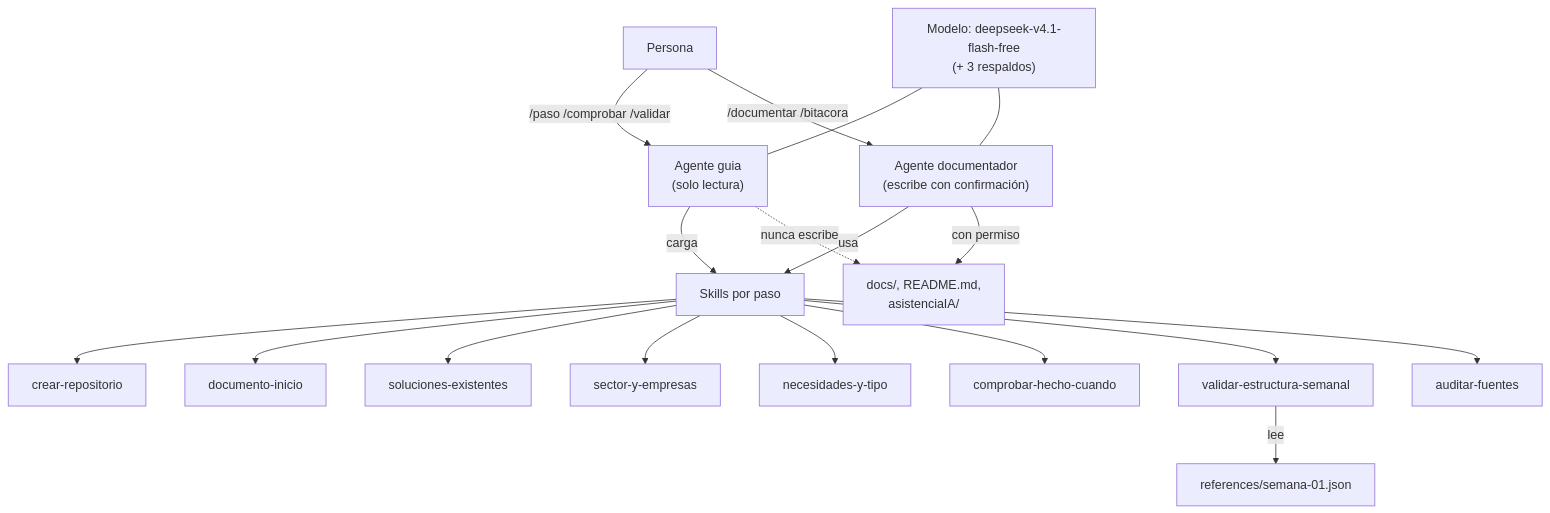
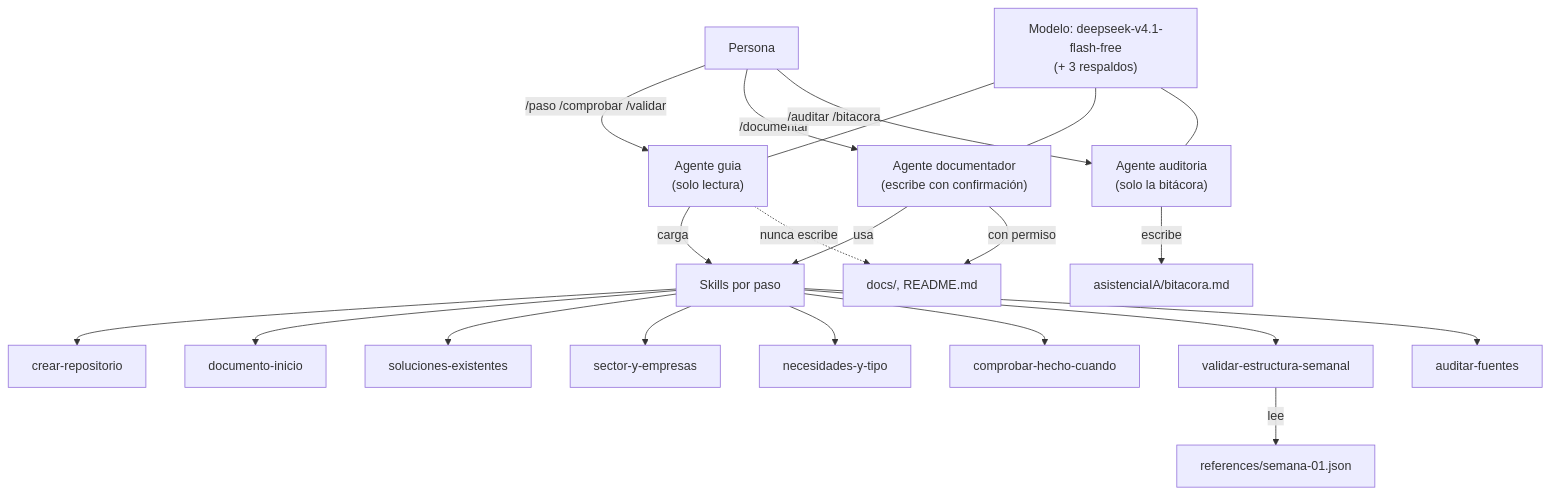
Before and after one commit to alejandromarchena7/proyecto-daw-alejandro-marchena: the diagram in asistenciaIA/esquema-agentes.md, drawn with Mermaid. The commit also changed other lines of this file and 30 other files, not shown here.

````diff
--- a/asistenciaIA/esquema-agentes.md
+++ b/asistenciaIA/esquema-agentes.md
@@ -5,20 +5,23 @@
 ```mermaid
 flowchart TD
     P["Persona"] -->|"/paso /comprobar /validar"| G["Agente guia<br/>(solo lectura)"]
-    P -->|"/documentar /bitacora"| D["Agente documentador<br/>(escribe con confirmación)"]
+    P -->|"/documentar"| D["Agente documentador<br/>(escribe con confirmación)"]
+    P -->|"/auditar /bitacora"| A["Agente auditoria<br/>(solo la bitácora)"]
     G -->|"carga"| S["Skills por paso"]
     D -->|"usa"| S
     S --> S0["crear-repositorio"]
     S --> S1["documento-inicio"]
     S --> S2["soluciones-existentes"]
     S --> S3["sector-y-empresas"]
     S --> S4["necesidades-y-tipo"]
     S --> S5["comprobar-hecho-cuando"]
     S --> S6["validar-estructura-semanal"]
     S --> S7["auditar-fuentes"]
     S6 -->|"lee"| E["references/semana-01.json"]
-    D -->|"con permiso"| F["docs/, README.md,<br/>asistenciaIA/"]
+    D -->|"con permiso"| F["docs/, README.md"]
+    A -->|"escribe"| B["asistenciaIA/bitacora.md"]
     G -.->|"nunca escribe"| F
     M["Modelo: deepseek-v4.1-flash-free<br/>(+ 3 respaldos)"] --- G
     M --- D
+    M --- A
 ```
````
